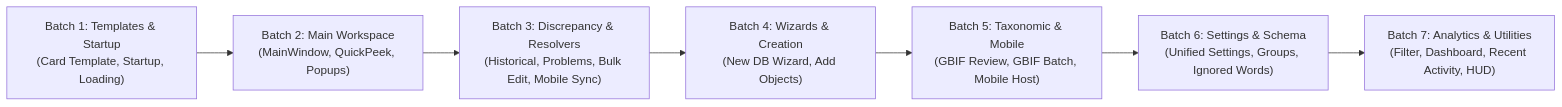
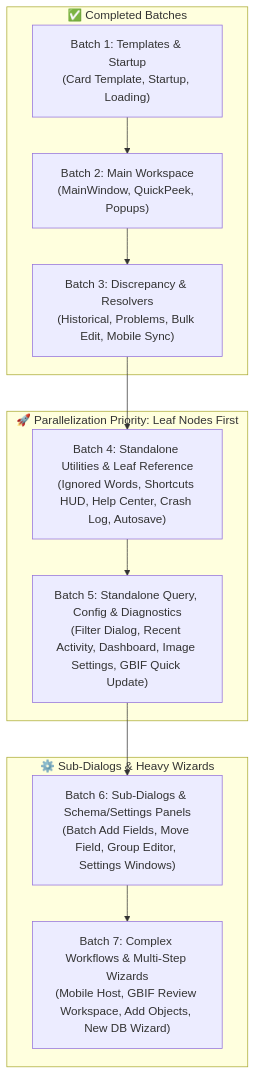
Before and after one commit to Fr0lich/arbor: the second of 2 diagrams in PYSIDE_UI_EXTRACTION_PLAN_PHASE1.md, drawn with Mermaid. The commit also changed other lines of this file and 36 other files, not shown here.

````diff
--- a/PYSIDE_UI_EXTRACTION_PLAN_PHASE1.md
+++ b/PYSIDE_UI_EXTRACTION_PLAN_PHASE1.md
@@ -148,9 +148,17 @@
 ```mermaid
-flowchart LR
-    Batch1["Batch 1: Templates & Startup<br/>(Card Template, Startup, Loading)"] --> Batch2["Batch 2: Main Workspace<br/>(MainWindow, QuickPeek, Popups)"]
-    Batch2 --> Batch3["Batch 3: Discrepancy & Resolvers<br/>(Historical, Problems, Bulk Edit, Mobile Sync)"]
-    Batch3 --> Batch4["Batch 4: Wizards & Creation<br/>(New DB Wizard, Add Objects)"]
-    Batch4 --> Batch5["Batch 5: Taxonomic & Mobile<br/>(GBIF Review, GBIF Batch, Mobile Host)"]
-    Batch5 --> Batch6["Batch 6: Settings & Schema<br/>(Unified Settings, Groups, Ignored Words)"]
-    Batch6 --> Batch7["Batch 7: Analytics & Utilities<br/>(Filter, Dashboard, Recent Activity, HUD)"]
+flowchart TD
+    subgraph Completed["✅ Completed Batches"]
+        Batch1["Batch 1: Templates & Startup<br/>(Card Template, Startup, Loading)"] --> Batch2["Batch 2: Main Workspace<br/>(MainWindow, QuickPeek, Popups)"]
+        Batch2 --> Batch3["Batch 3: Discrepancy & Resolvers<br/>(Historical, Problems, Bulk Edit, Mobile Sync)"]
+    end
+    
+    subgraph Prioritized["🚀 Parallelization Priority: Leaf Nodes First"]
+        Batch3 --> Batch4["Batch 4: Standalone Utilities & Leaf Reference<br/>(Ignored Words, Shortcuts HUD, Help Center, Crash Log, Autosave)"]
+        Batch4 --> Batch5["Batch 5: Standalone Query, Config & Diagnostics<br/>(Filter Dialog, Recent Activity, Dashboard, Image Settings, GBIF Quick Update)"]
+    end
+    
+    subgraph Heavywork["⚙️ Sub-Dialogs & Heavy Wizards"]
+        Batch5 --> Batch6["Batch 6: Sub-Dialogs & Schema/Settings Panels<br/>(Batch Add Fields, Move Field, Group Editor, Settings Windows)"]
+        Batch6 --> Batch7["Batch 7: Complex Workflows & Multi-Step Wizards<br/>(Mobile Host, GBIF Review Workspace, Add Objects, New DB Wizard)"]
+    end
 ```
````
